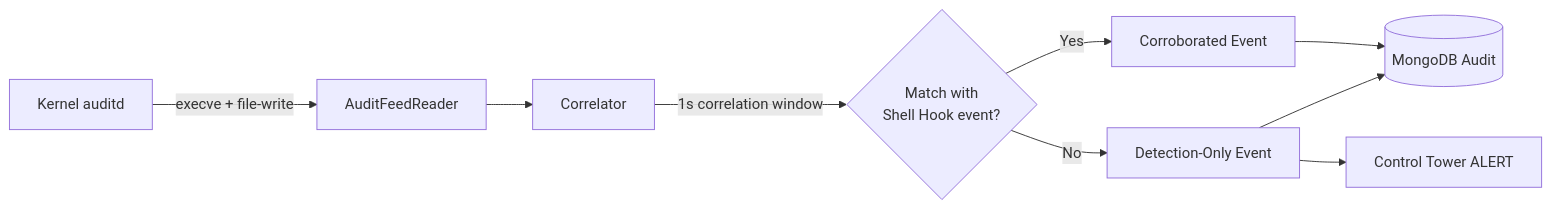
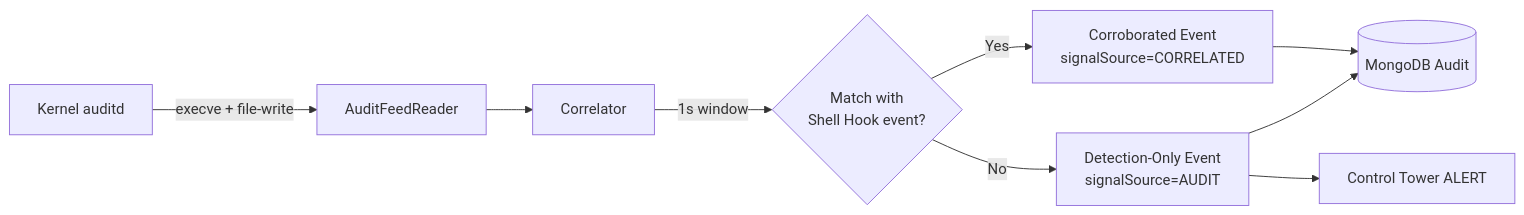
Before and after one commit to rachitGupta-ai/IntentGuard: the fourth of 26 diagrams in docs/product-design-and-execution-flow.md, drawn with Mermaid. The commit also changed other lines of this file and 29 other files, not shown here.

````diff
--- a/docs/product-design-and-execution-flow.md
+++ b/docs/product-design-and-execution-flow.md
@@ -145,11 +177,11 @@
 ```mermaid
 graph LR
     K[Kernel auditd] -->|execve + file-write| AFR[AuditFeedReader]
     AFR --> C[Correlator]
-    C -->|1s correlation window| M{Match with<br/>Shell Hook event?}
-    M -->|Yes| CORR[Corroborated Event]
-    M -->|No| DETECT[Detection-Only Event]
+    C -->|1s window| M{Match with<br/>Shell Hook event?}
+    M -->|Yes| CORR[Corroborated Event<br/>signalSource=CORRELATED]
+    M -->|No| DETECT[Detection-Only Event<br/>signalSource=AUDIT]
     CORR --> DB[(MongoDB Audit)]
     DETECT --> DB
     DETECT --> CT[Control Tower ALERT]
 ```
````
